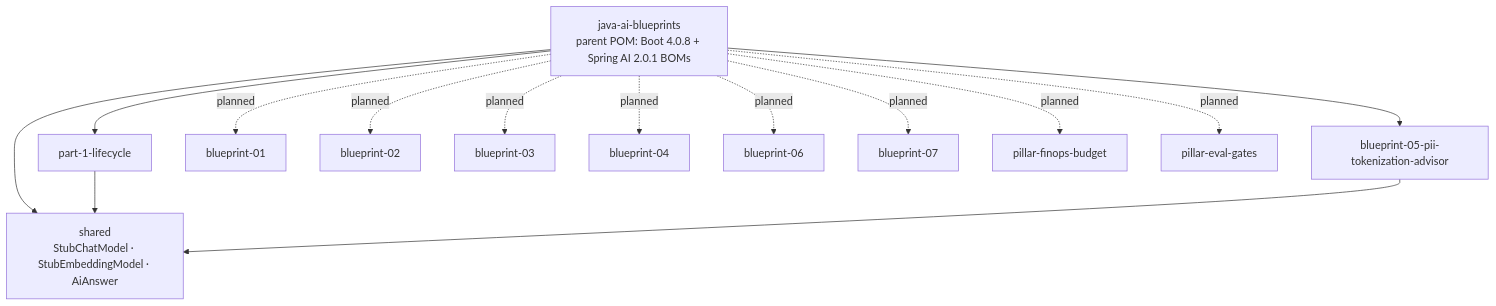
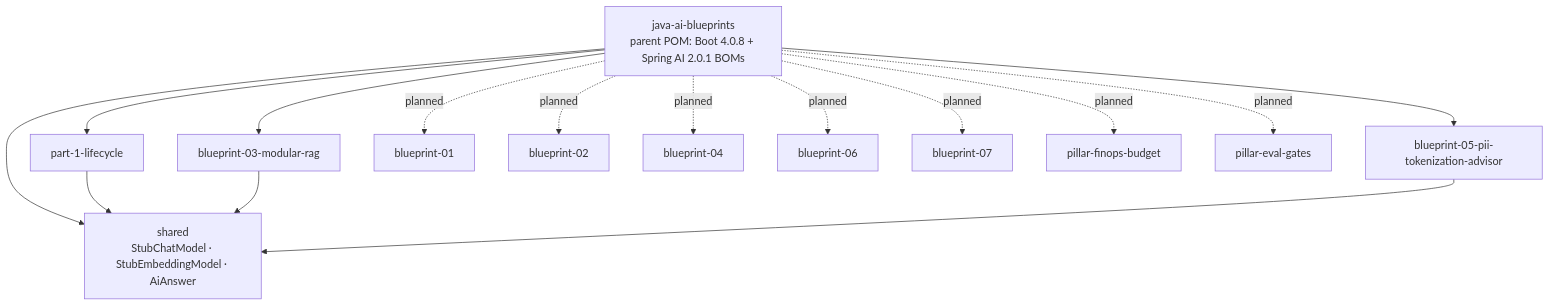
The first of 3 diagrams in docs/architecture.md (aaron-samuvel/java-ai-blueprints), drawn with Mermaid before and after one commit. The commit also changed 6 other files, not shown here.

Commit message:
docs: update README, mapping, version notes, architecture, progress and CHANGELOG for M2

````diff
--- a/docs/architecture.md
+++ b/docs/architecture.md
@@ -6,10 +6,12 @@
 ```mermaid
 flowchart TB
   root[java-ai-blueprints<br/>parent POM: Boot 4.0.8 + Spring AI 2.0.1 BOMs]
   root --> shared[shared<br/>StubChatModel · StubEmbeddingModel · AiAnswer]
   root --> p1[part-1-lifecycle]
+  root --> b3[blueprint-03-modular-rag]
   root --> b5[blueprint-05-pii-tokenization-advisor]
   p1 --> shared
+  b3 --> shared
   b5 --> shared
-  root -.planned.-> b1[blueprint-01] & b2[blueprint-02] & b3[blueprint-03] & b4[blueprint-04] & b6[blueprint-06] & b7[blueprint-07] & fin[pillar-finops-budget] & ev[pillar-eval-gates]
+  root -.planned.-> b1[blueprint-01] & b2[blueprint-02] & b4[blueprint-04] & b6[blueprint-06] & b7[blueprint-07] & fin[pillar-finops-budget] & ev[pillar-eval-gates]
 ```
````
